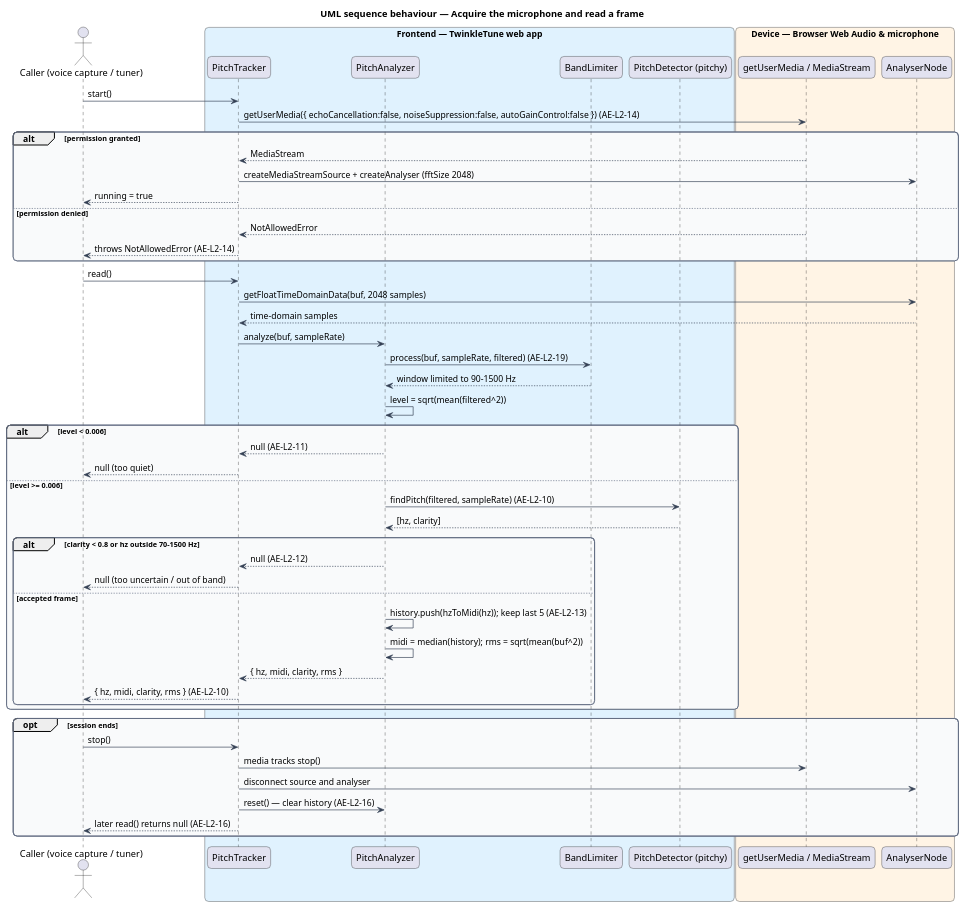
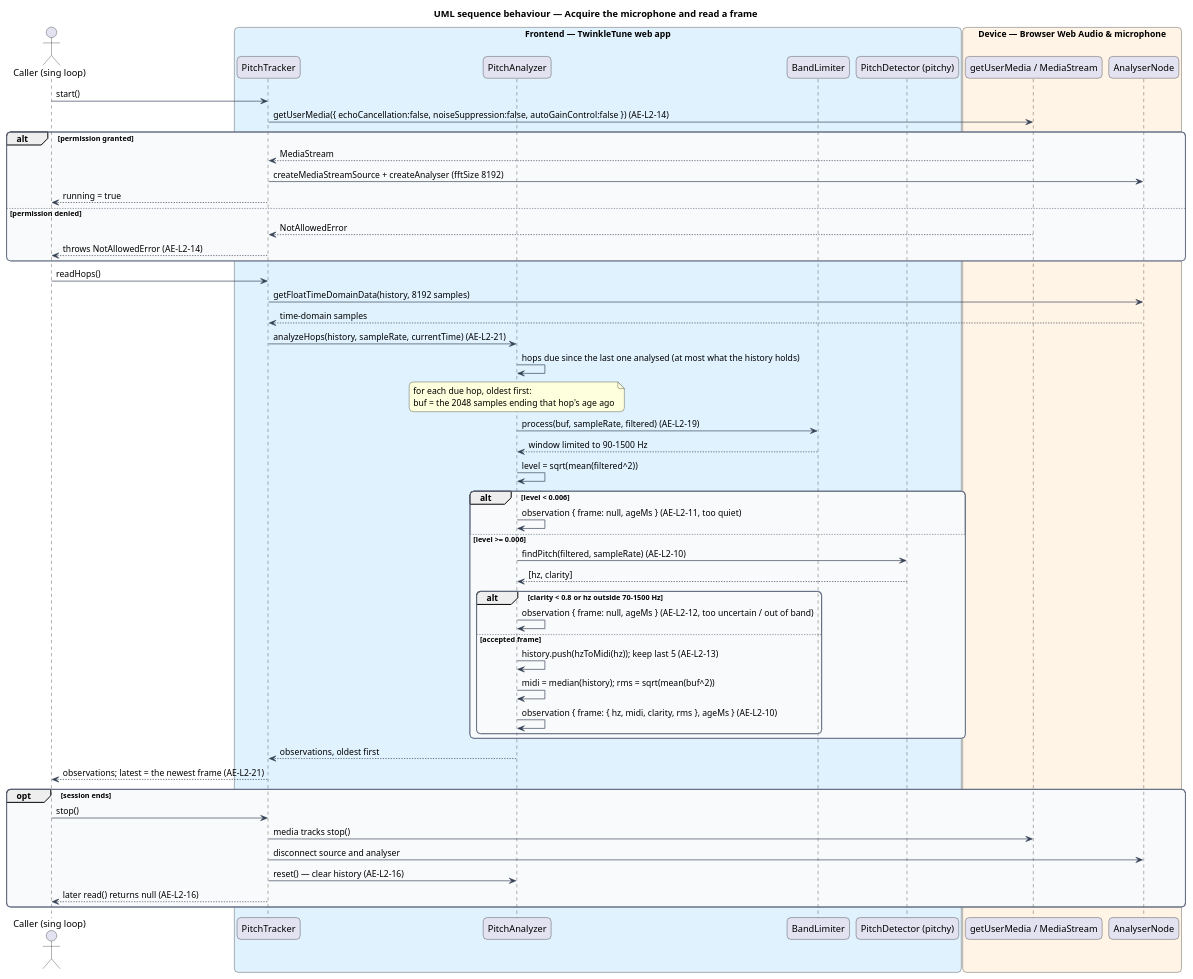
Before and after one commit to QuinntyneBrown/TwinkleTune: the diagram in docs/detailed-designs/audio-engine/detect-pitch/diagrams/sequence-acquire-mic-and-read-frame.puml, drawn with PlantUML. The commit also changed 17 other files, not shown here.

```diff
--- a/docs/detailed-designs/audio-engine/detect-pitch/diagrams/sequence-acquire-mic-and-read-frame.puml
+++ b/docs/detailed-designs/audio-engine/detect-pitch/diagrams/sequence-acquire-mic-and-read-frame.puml
@@ -1,71 +1,72 @@
 @startuml
 title UML sequence behaviour — Acquire the microphone and read a frame
 skinparam backgroundColor #FFFFFF
 skinparam shadowing false
 skinparam roundcorner 12
 skinparam defaultFontName Arial
 skinparam ArrowColor #344054
 skinparam rectangle {
   BorderColor #344054
   FontColor #101828
 }
 skinparam package {
   BorderColor #667085
   FontColor #101828
   BackgroundColor #F9FAFB
 }
-actor "Caller (voice capture / tuner)" as caller
+actor "Caller (sing loop)" as caller
 box "Frontend — TwinkleTune web app" #E0F2FE
   participant "PitchTracker" as tracker
   participant "PitchAnalyzer" as analyzer
   participant "BandLimiter" as band
   participant "PitchDetector (pitchy)" as detector
 end box
 box "Device — Browser Web Audio & microphone" #FFF4E5
   participant "getUserMedia / MediaStream" as mic
   participant "AnalyserNode" as analyser
 end box
 
 caller -> tracker : start()
 tracker -> mic : getUserMedia({ echoCancellation:false, noiseSuppression:false, autoGainControl:false }) (AE-L2-14)
 alt permission granted
   mic --> tracker : MediaStream
-  tracker -> analyser : createMediaStreamSource + createAnalyser (fftSize 2048)
+  tracker -> analyser : createMediaStreamSource + createAnalyser (fftSize 8192)
   tracker --> caller : running = true
 else permission denied
   mic --> tracker : NotAllowedError
   tracker --> caller : throws NotAllowedError (AE-L2-14)
 end
 
-caller -> tracker : read()
-tracker -> analyser : getFloatTimeDomainData(buf, 2048 samples)
+caller -> tracker : readHops()
+tracker -> analyser : getFloatTimeDomainData(history, 8192 samples)
 analyser --> tracker : time-domain samples
-tracker -> analyzer : analyze(buf, sampleRate)
+tracker -> analyzer : analyzeHops(history, sampleRate, currentTime) (AE-L2-21)
+analyzer -> analyzer : hops due since the last one analysed (at most what the history holds)
+note over analyzer : for each due hop, oldest first:\nbuf = the 2048 samples ending that hop's age ago
 analyzer -> band : process(buf, sampleRate, filtered) (AE-L2-19)
 band --> analyzer : window limited to 90-1500 Hz
 analyzer -> analyzer : level = sqrt(mean(filtered^2))
 alt level < 0.006
-  analyzer --> tracker : null (AE-L2-11)
-  tracker --> caller : null (too quiet)
+  analyzer -> analyzer : observation { frame: null, ageMs } (AE-L2-11, too quiet)
 else level >= 0.006
   analyzer -> detector : findPitch(filtered, sampleRate) (AE-L2-10)
   detector --> analyzer : [hz, clarity]
   alt clarity < 0.8 or hz outside 70-1500 Hz
-    analyzer --> tracker : null (AE-L2-12)
-    tracker --> caller : null (too uncertain / out of band)
+    analyzer -> analyzer : observation { frame: null, ageMs } (AE-L2-12, too uncertain / out of band)
   else accepted frame
     analyzer -> analyzer : history.push(hzToMidi(hz)); keep last 5 (AE-L2-13)
     analyzer -> analyzer : midi = median(history); rms = sqrt(mean(buf^2))
-    analyzer --> tracker : { hz, midi, clarity, rms }
-    tracker --> caller : { hz, midi, clarity, rms } (AE-L2-10)
+    analyzer -> analyzer : observation { frame: { hz, midi, clarity, rms }, ageMs } (AE-L2-10)
   end
 end
+analyzer --> tracker : observations, oldest first
+tracker --> caller : observations; latest = the newest frame (AE-L2-21)
 
 opt session ends
   caller -> tracker : stop()
   tracker -> mic : media tracks stop()
   tracker -> analyser : disconnect source and analyser
   tracker -> analyzer : reset() — clear history (AE-L2-16)
   tracker --> caller : later read() returns null (AE-L2-16)
 end
 @enduml
```
